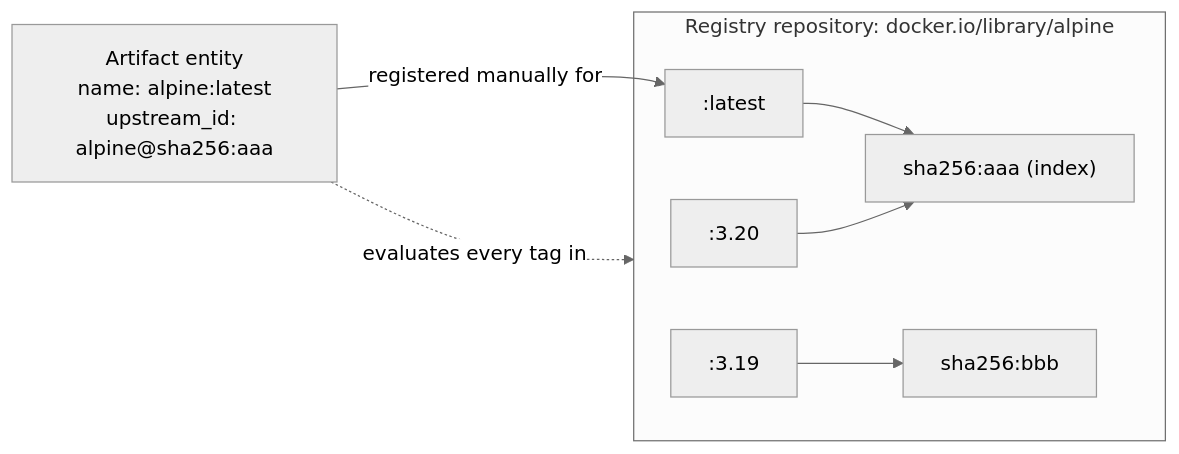
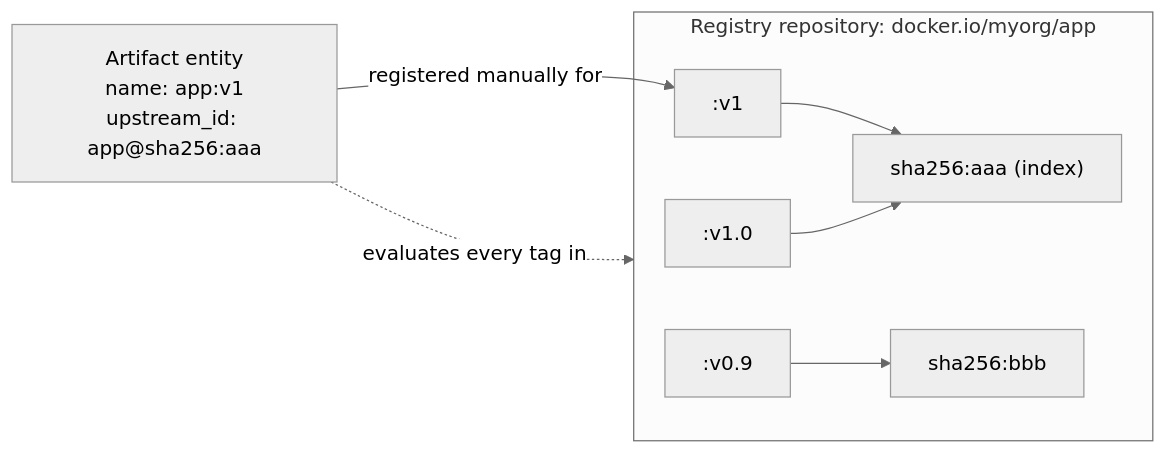
Before and after one commit to mindersec/minder: the diagram in docs/docs/developer_guide/designs/oci-tag-manifest-entities.md, drawn with Mermaid (neutral theme). The commit also changed other lines of this file, not shown here.

````diff
--- a/docs/docs/developer_guide/designs/oci-tag-manifest-entities.md
+++ b/docs/docs/developer_guide/designs/oci-tag-manifest-entities.md
@@ -205,11 +119,11 @@
 ```mermaid
 flowchart LR
-    entity["Artifact entity<br/>name: alpine:latest<br/>upstream_id: alpine@sha256:aaa"]
-    subgraph repo["Registry repository: docker.io/library/alpine"]
-        latest[":latest"] --> d1["sha256:aaa (index)"]
-        t320[":3.20"] --> d1
-        t319[":3.19"] --> d2["sha256:bbb"]
+    entity["Artifact entity<br/>name: app:v1<br/>upstream_id: app@sha256:aaa"]
+    subgraph repo["Registry repository: docker.io/myorg/app"]
+        latest[":v1"] --> d1["sha256:aaa (index)"]
+        t320[":v1.0"] --> d1
+        t319[":v0.9"] --> d2["sha256:bbb"]
     end
     entity -- registered manually for --> latest
     entity -. evaluates every tag in .-> repo
 ```
````
